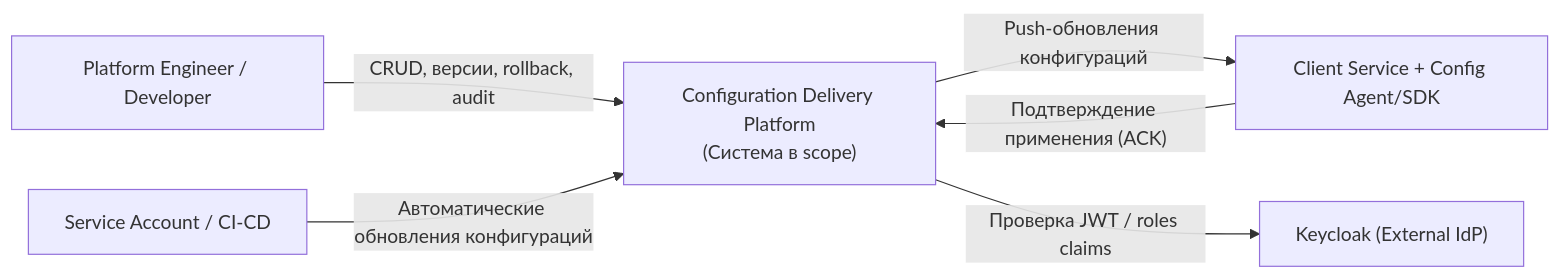
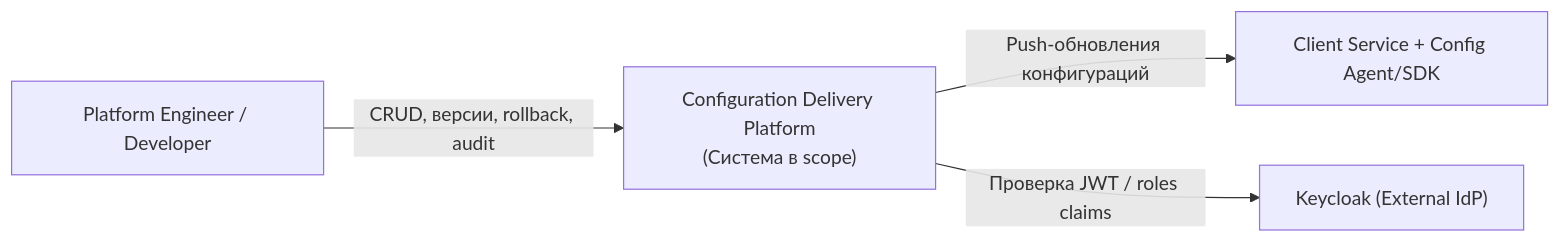
One commit to vk-orange-2/docs changed the diagram in docs/architecture/system-context.md. Above: the diagram before and after it, drawn with Mermaid. The commit also changed 1 other file, not shown here.

````diff
--- a/docs/architecture/system-context.md
+++ b/docs/architecture/system-context.md
@@ -16,15 +16,12 @@
 ```mermaid
 flowchart LR
     U["Platform Engineer / Developer"]
-    CI["Service Account / CI-CD"]
     A["Client Service + Config Agent/SDK"]
     K["Keycloak (External IdP)"]
 
     S["Configuration Delivery Platform\n(Система в scope)"]
 
     U -->|"CRUD, версии, rollback, audit"| S
-    CI -->|"Автоматические обновления конфигураций"| S
     S -->|"Push-обновления конфигураций"| A
-    A -->|"Подтверждение применения (ACK)"| S
     S -->|"Проверка JWT / roles claims"| K
 ```
````
